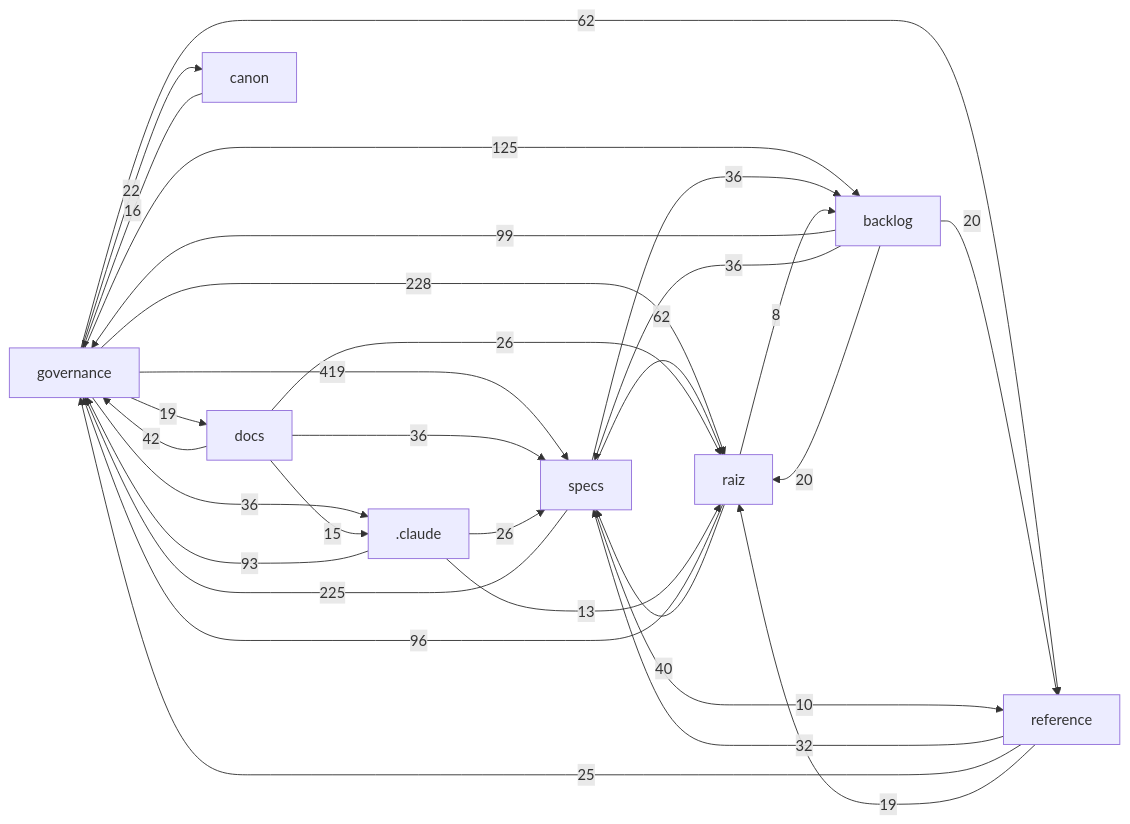
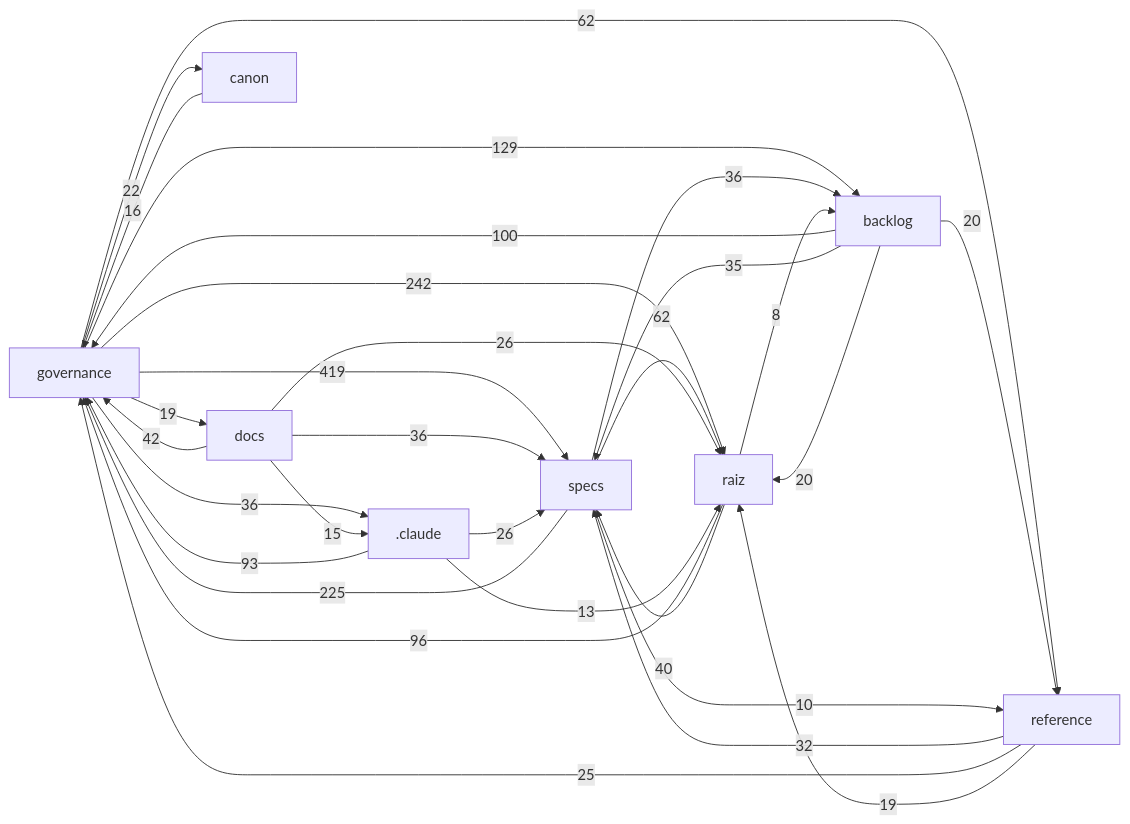
The diagram in docs/mapa/MAPA-PROJETO.md (Andraus35/Sistema-Operacional-de-Trading--SOT), drawn with Mermaid before and after one commit. The commit also changed other lines of this file and 25 other files, not shown here.

````diff
--- a/docs/mapa/MAPA-PROJETO.md
+++ b/docs/mapa/MAPA-PROJETO.md
@@ -29,32 +29,32 @@
 ```mermaid
 flowchart LR
   governance["governance"] -->|419| specs["specs"]
-  governance["governance"] -->|228| raiz["raiz"]
+  governance["governance"] -->|242| raiz["raiz"]
   specs["specs"] -->|225| governance["governance"]
-  governance["governance"] -->|125| backlog["backlog"]
-  backlog["backlog"] -->|99| governance["governance"]
+  governance["governance"] -->|129| backlog["backlog"]
+  backlog["backlog"] -->|100| governance["governance"]
   raiz["raiz"] -->|96| governance["governance"]
   _claude[".claude"] -->|93| governance["governance"]
   governance["governance"] -->|62| reference["reference"]
   specs["specs"] -->|62| raiz["raiz"]
   docs["docs"] -->|42| governance["governance"]
   raiz["raiz"] -->|40| specs["specs"]
-  backlog["backlog"] -->|36| specs["specs"]
   docs["docs"] -->|36| specs["specs"]
   governance["governance"] -->|36| _claude[".claude"]
   specs["specs"] -->|36| backlog["backlog"]
+  backlog["backlog"] -->|35| specs["specs"]
   reference["reference"] -->|32| specs["specs"]
   _claude[".claude"] -->|26| specs["specs"]
   docs["docs"] -->|26| raiz["raiz"]
   reference["reference"] -->|25| governance["governance"]
   governance["governance"] -->|22| canon["canon"]
   backlog["backlog"] -->|20| raiz["raiz"]
   backlog["backlog"] -->|20| reference["reference"]
   governance["governance"] -->|19| docs["docs"]
   reference["reference"] -->|19| raiz["raiz"]
   canon["canon"] -->|16| governance["governance"]
   docs["docs"] -->|15| _claude[".claude"]
   _claude[".claude"] -->|13| raiz["raiz"]
   specs["specs"] -->|10| reference["reference"]
   raiz["raiz"] -->|8| backlog["backlog"]
 ```
````
